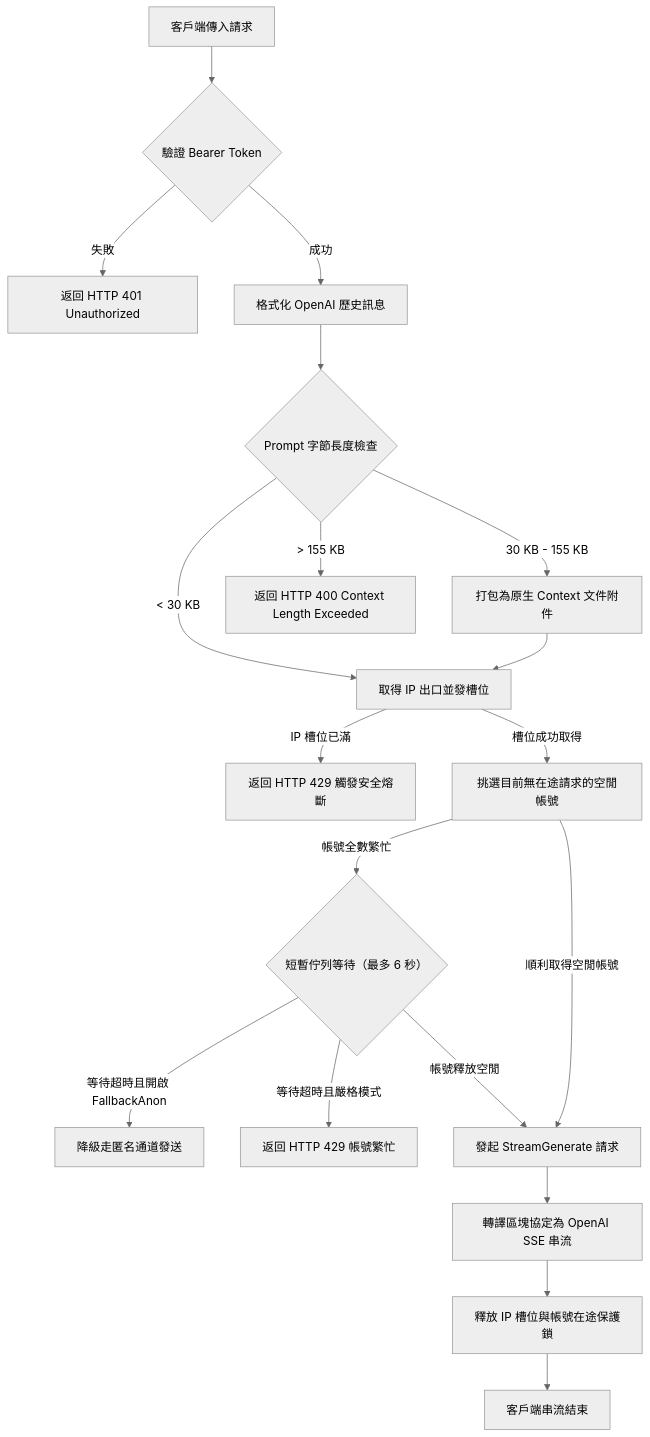
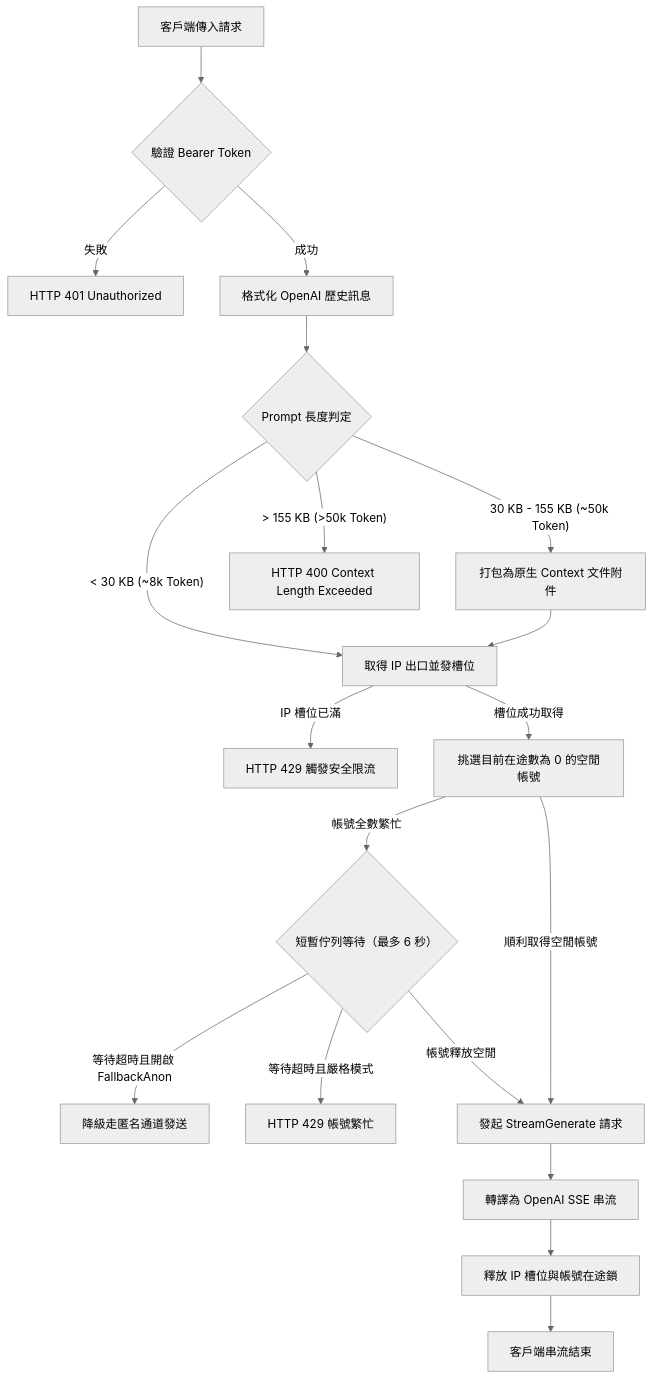
The first of 2 diagrams in README_ZH-TW.md (ab410010066-byte/gemini-free-api), drawn with Mermaid (neutral theme) before and after one commit. The commit also changed other lines of this file and 3 other files, not shown here.

Commit message:
docs: align with high-star open-source conventions, specify 50k token context specifications, and sanitize internal references

````diff
--- a/README_ZH-TW.md
+++ b/README_ZH-TW.md
@@ -50,24 +74,24 @@
 ```mermaid
 flowchart TD
     Req[客戶端傳入請求] --> Auth{驗證 Bearer Token}
-    Auth -- 失敗 --> E401[返回 HTTP 401 Unauthorized]
+    Auth -- 失敗 --> E401[HTTP 401 Unauthorized]
     Auth -- 成功 --> Ingest[格式化 OpenAI 歷史訊息]
     
-    Ingest --> LengthCheck{Prompt 字節長度檢查}
-    LengthCheck -- "< 30 KB" --> InflightSlot[取得 IP 出口並發槽位]
-    LengthCheck -- "30 KB - 155 KB" --> MakeDoc[打包為原生 Context 文件附件] --> InflightSlot
-    LengthCheck -- "> 155 KB" --> E400[返回 HTTP 400 Context Length Exceeded]
+    Ingest --> LengthCheck{Prompt 長度判定}
+    LengthCheck -- "< 30 KB (~8k Token)" --> InflightSlot[取得 IP 出口並發槽位]
+    LengthCheck -- "30 KB - 155 KB (~50k Token)" --> MakeDoc[打包為原生 Context 文件附件] --> InflightSlot
+    LengthCheck -- "> 155 KB (>50k Token)" --> E400[HTTP 400 Context Length Exceeded]
     
-    InflightSlot -- IP 槽位已滿 --> E429IP[返回 HTTP 429 觸發安全熔斷]
-    InflightSlot -- 槽位成功取得 --> AcctSelect[挑選目前無在途請求的空閒帳號]
+    InflightSlot -- IP 槽位已滿 --> E429IP[HTTP 429 觸發安全限流]
+    InflightSlot -- 槽位成功取得 --> AcctSelect[挑選目前在途數為 0 的空閒帳號]
     
     AcctSelect -- 帳號全數繁忙 --> WaitAcct{短暫佇列等待（最多 6 秒）}
     WaitAcct -- 等待超時且開啟 FallbackAnon --> AnonReq[降級走匿名通道發送]
-    WaitAcct -- 等待超時且嚴格模式 --> E429Acct[返回 HTTP 429 帳號繁忙]
+    WaitAcct -- 等待超時且嚴格模式 --> E429Acct[HTTP 429 帳號繁忙]
     WaitAcct -- 帳號釋放空閒 --> ExecReq[發起 StreamGenerate 請求]
     AcctSelect -- 順利取得空閒帳號 --> ExecReq
     
-    ExecReq --> SSETrans[轉譯區塊協定為 OpenAI SSE 串流]
-    SSETrans --> RelSlot[釋放 IP 槽位與帳號在途保護鎖]
+    ExecReq --> SSETrans[轉譯為 OpenAI SSE 串流]
+    SSETrans --> RelSlot[釋放 IP 槽位與帳號在途鎖]
     RelSlot --> ClientEnd[客戶端串流結束]
 ```
````
